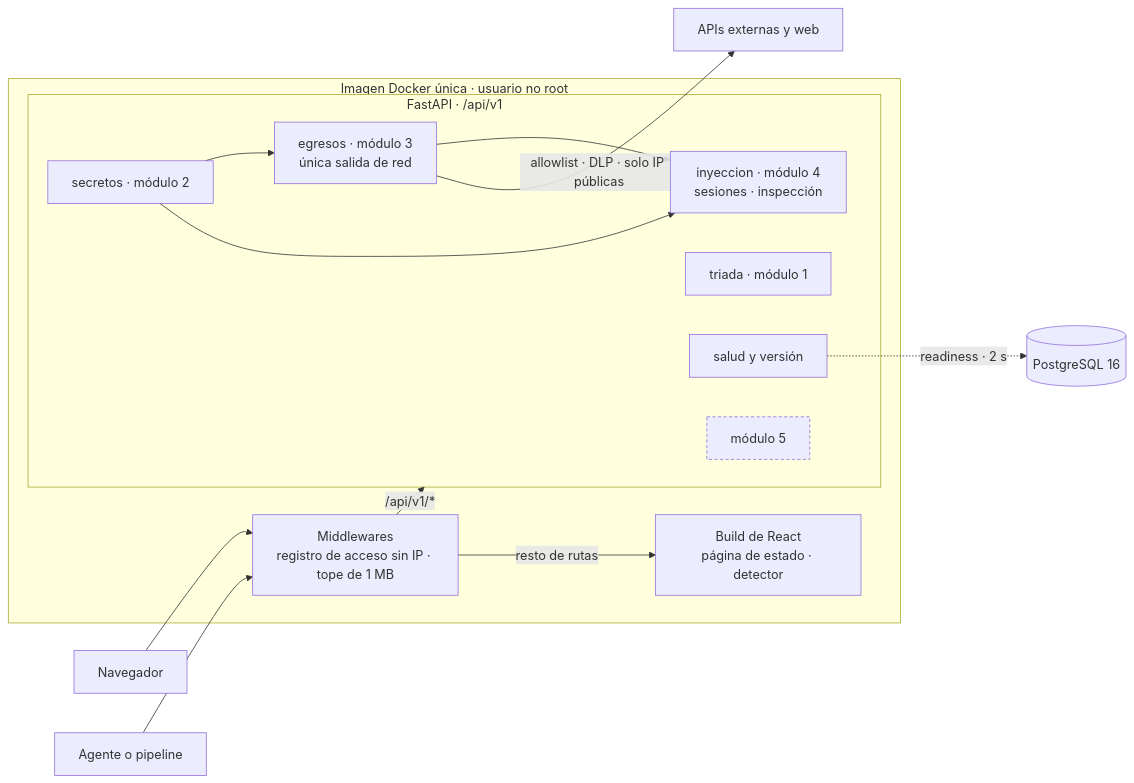
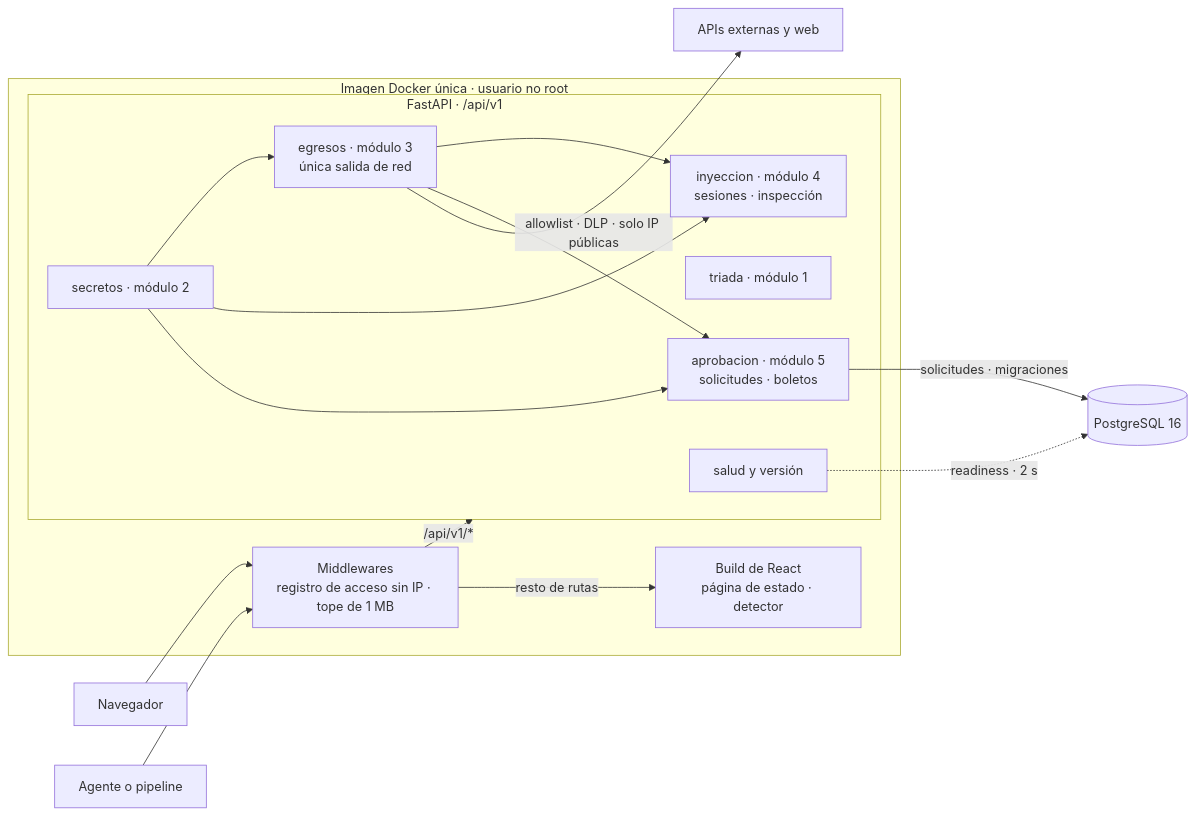
One commit to Alex-mk2/AgentGuard changed the third of 9 diagrams in README.md. Above: the diagram before and after it, drawn with Mermaid. The commit also changed other lines of this file and 51 other files, not shown here.

````diff
--- a/README.md
+++ b/README.md
@@ -68,28 +67,28 @@
 ```mermaid
 flowchart LR
     N["Navegador"] --> MW
     C["Agente o pipeline"] --> MW
 
     subgraph IMG["Imagen Docker única · usuario no root"]
         MW["Middlewares<br/>registro de acceso sin IP · tope de 1 MB"]
         MW -->|"/api/v1/*"| API
         MW -->|"resto de rutas"| WEB["Build de React<br/>página de estado · detector"]
         subgraph API["FastAPI · /api/v1"]
             S["salud y versión"]
             T["triada · módulo 1"]
             B["secretos · módulo 2"]
             E["egresos · módulo 3<br/>única salida de red"]
             I["inyeccion · módulo 4<br/>sesiones · inspección"]
-            F["módulo 5"]
+            A["aprobacion · módulo 5<br/>solicitudes · boletos"]
         end
     end
 
     S -.->|"readiness · 2 s"| DB[("PostgreSQL 16")]
+    A -->|"solicitudes · migraciones"| DB
     B --> E
     B --> I
+    B --> A
     E --> I
+    E --> A
     E -->|"allowlist · DLP · solo IP públicas"| X["APIs externas y web"]
-
-    classDef pendiente stroke-dasharray: 4 3
-    class F pendiente
 ```
````
